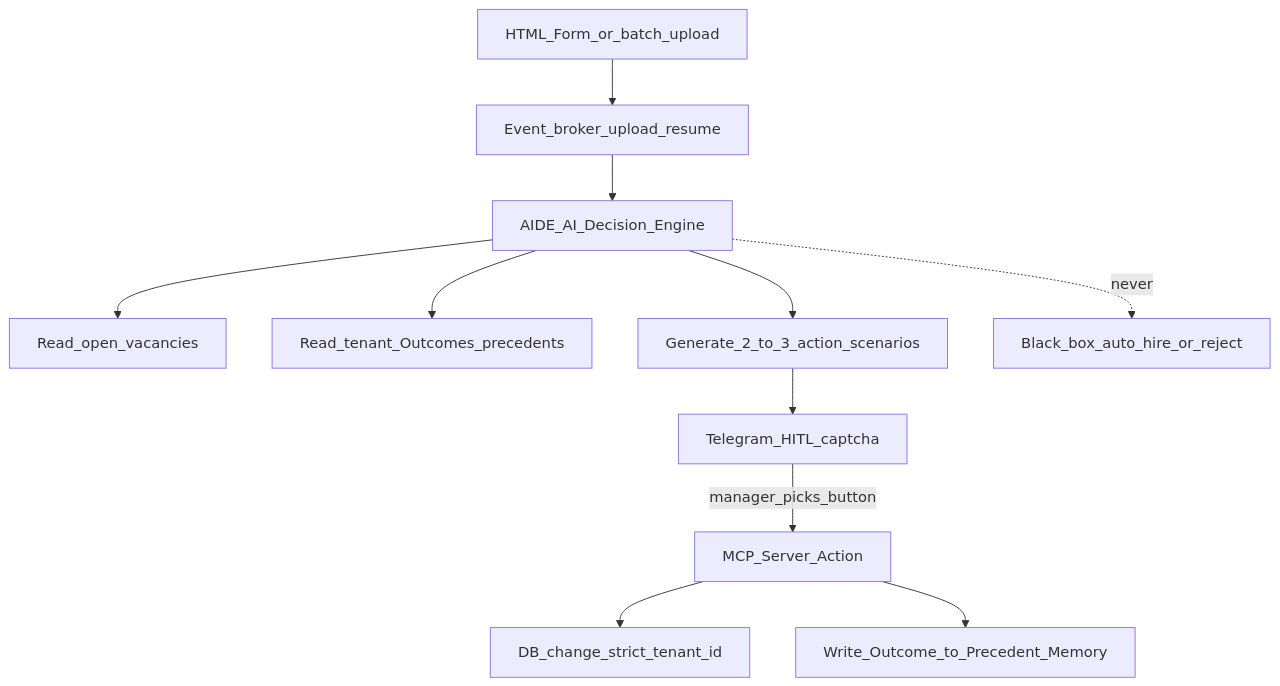
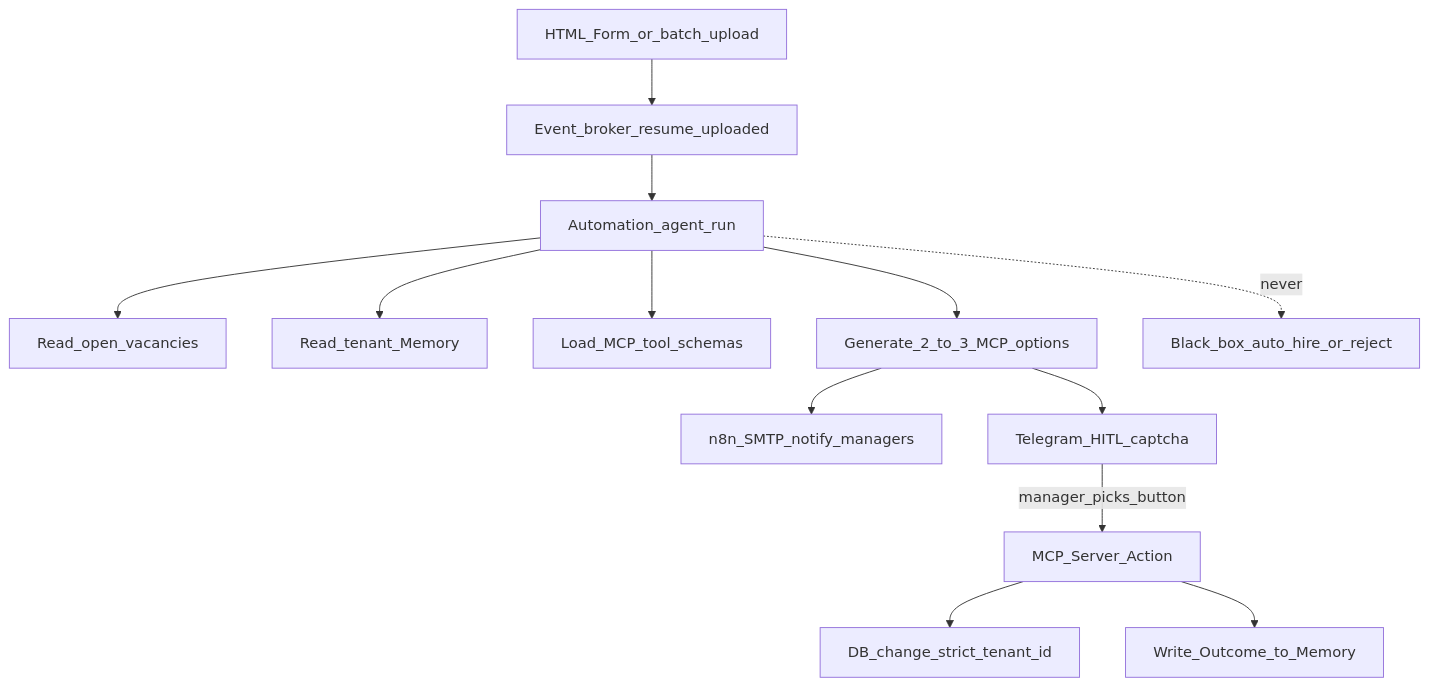
The diagram in docs/ARCHITECTURE.md (Cartnix/HireRank), drawn with Mermaid before and after one commit. The commit also changed other lines of this file and 26 other files, not shown here.

First line of the commit message:
docs: replace AIDE with Automation HITL and Memory

````diff
--- a/docs/ARCHITECTURE.md
+++ b/docs/ARCHITECTURE.md
@@ -20,13 +24,15 @@
 ```mermaid
 flowchart TB
-  Upload[HTML_Form_or_batch_upload] --> Broker[Event_broker_upload_resume]
-  Broker --> AIDE[AIDE_AI_Decision_Engine]
-  AIDE --> Vac[Read_open_vacancies]
-  AIDE --> Out[Read_tenant_Outcomes_precedents]
-  AIDE --> Gen[Generate_2_to_3_action_scenarios]
+  Upload[HTML_Form_or_batch_upload] --> Broker[Event_broker_resume_uploaded]
+  Broker --> Run[Automation_agent_run]
+  Run --> Vac[Read_open_vacancies]
+  Run --> MemRead[Read_tenant_Memory]
+  Run --> Tools[Load_MCP_tool_schemas]
+  Run --> Gen[Generate_2_to_3_MCP_options]
+  Gen --> Email[n8n_SMTP_notify_managers]
   Gen --> TG[Telegram_HITL_captcha]
   TG -->|manager_picks_button| MCP[MCP_Server_Action]
   MCP --> DB[DB_change_strict_tenant_id]
-  MCP --> Mem[Write_Outcome_to_Precedent_Memory]
-  AIDE -.->|never| Box[Black_box_auto_hire_or_reject]
+  MCP --> MemWrite[Write_Outcome_to_Memory]
+  Run -.->|never| Box[Black_box_auto_hire_or_reject]
 ```
````
